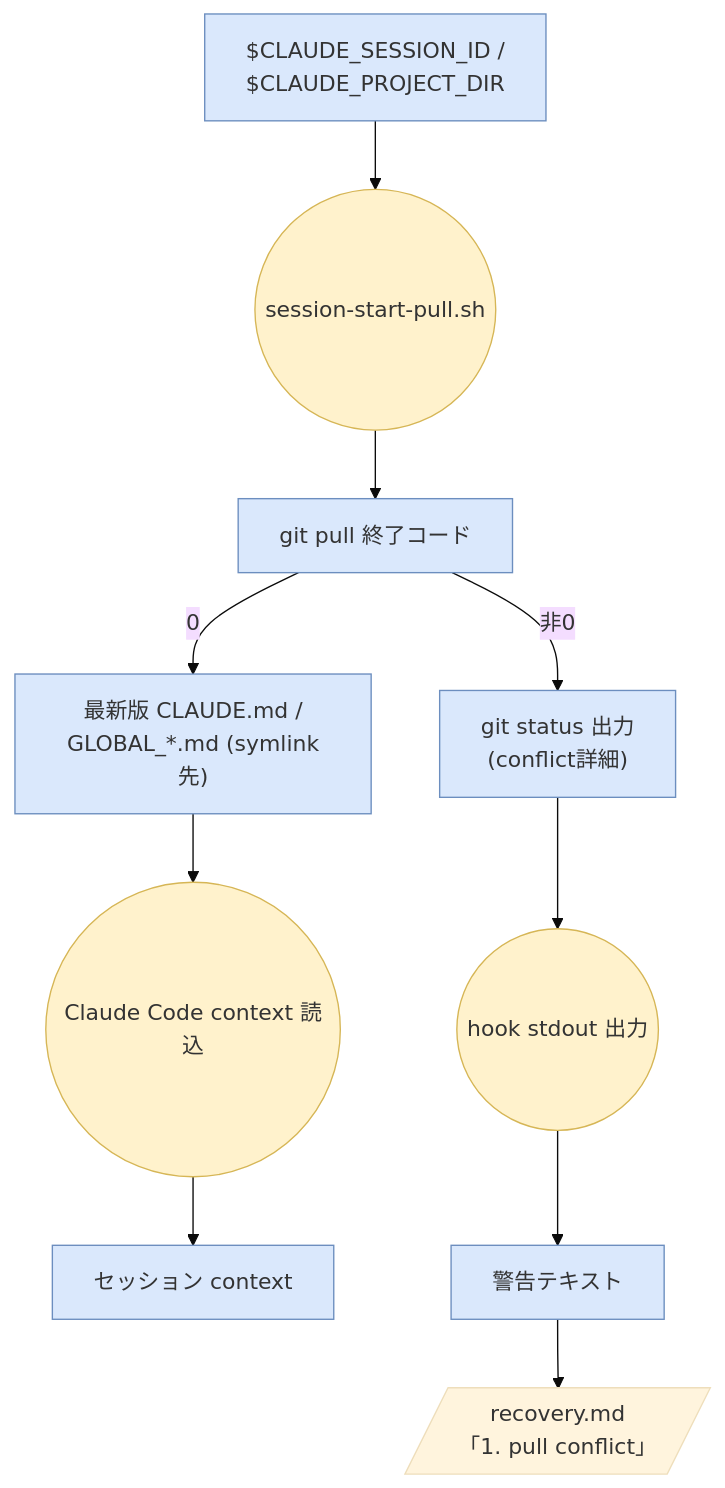
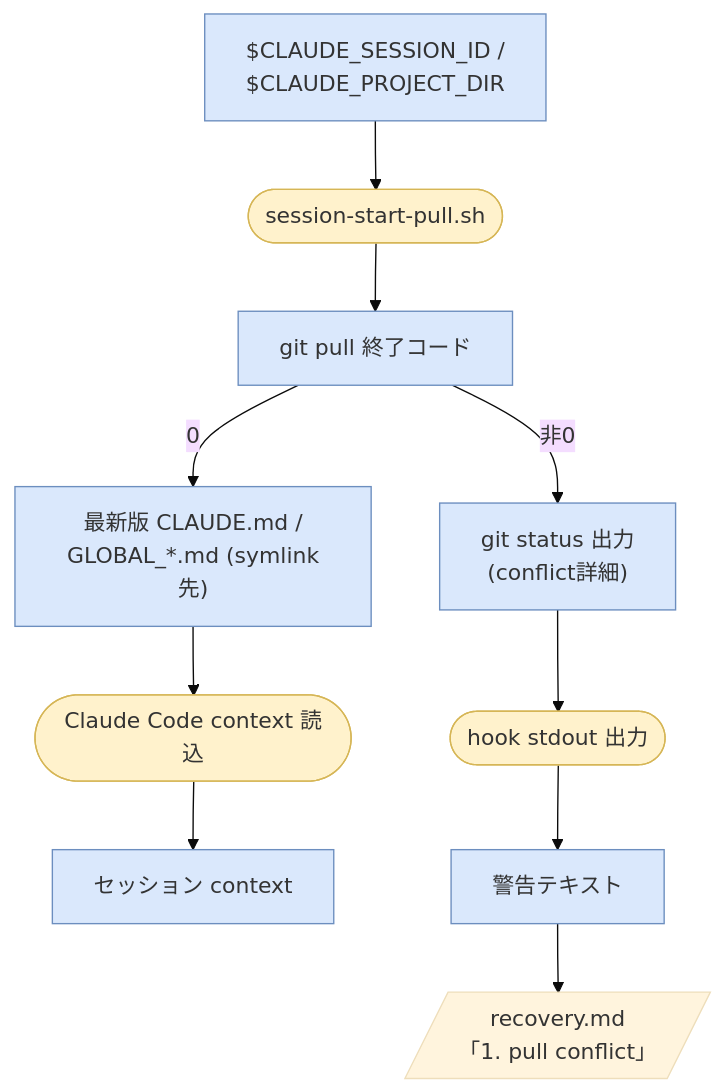
Before and after one commit to honokani/dot_claude: the first of 2 diagrams in features/auto_manage/flow_diagram.md, drawn with Mermaid (base theme). The commit also changed other lines of this file and 3 other files, not shown here.

````diff
--- a/features/auto_manage/flow_diagram.md
+++ b/features/auto_manage/flow_diagram.md
@@ -10,22 +10,22 @@
 ```mermaid
 flowchart TD
     O1["$CLAUDE_SESSION_ID /<br/>$CLAUDE_PROJECT_DIR"]
-    T1(("session-start-pull.sh"))
+    T1(["session-start-pull.sh"])
     O2["git pull 終了コード"]
     O3["最新版 CLAUDE.md /<br/>GLOBAL_*.md (symlink先)"]
-    T2(("Claude Code context 読込"))
+    T2(["Claude Code context 読込"])
     O4["セッション context"]
     O5["git status 出力<br/>(conflict詳細)"]
-    T3(("hook stdout 出力"))
+    T3(["hook stdout 出力"])
     O6["警告テキスト"]
     R1[/"recovery.md<br/>「1. pull conflict」"/]
 
     O1 --> T1 --> O2
     O2 -->|"0"| O3 --> T2 --> O4
     O2 -->|"非0"| O5 --> T3 --> O6 --> R1
 
     classDef obj fill:#dae8fc,stroke:#6c8ebf
     classDef task fill:#fff2cc,stroke:#d6b656
     class O1,O2,O3,O4,O5,O6 obj
     class T1,T2,T3 task
 ```
````
